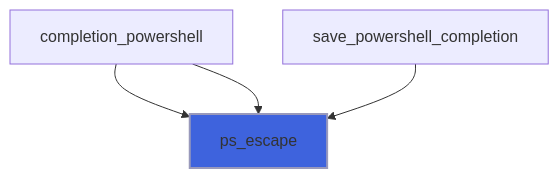
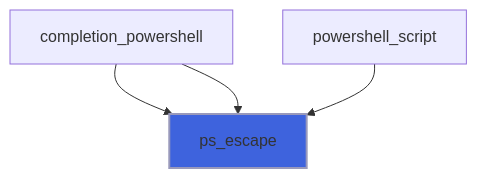
Diagram 16 of 18 in docs/api/src/lib/flap_utils_m.md (szaghi/FLAP), drawn with Mermaid before and after one commit. The commit also changed other lines of this file and 15 other files, not shown here.

````diff
--- a/docs/api/src/lib/flap_utils_m.md
+++ b/docs/api/src/lib/flap_utils_m.md
@@ -570,7 +573,7 @@
 ```mermaid
 flowchart TD
   completion_powershell["completion_powershell"] --> ps_escape["ps_escape"]
   completion_powershell["completion_powershell"] --> ps_escape["ps_escape"]
-  save_powershell_completion["save_powershell_completion"] --> ps_escape["ps_escape"]
+  powershell_script["powershell_script"] --> ps_escape["ps_escape"]
   style ps_escape fill:#3e63dd,stroke:#99b,stroke-width:2px
 ```
````
